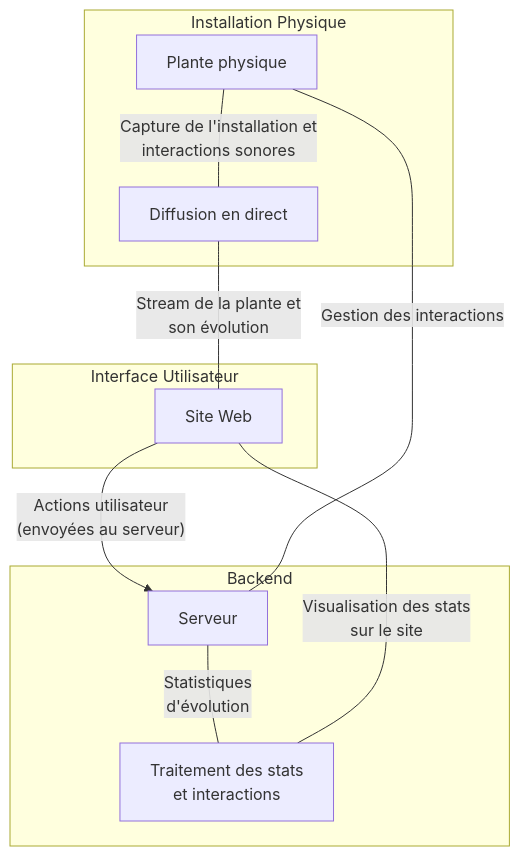
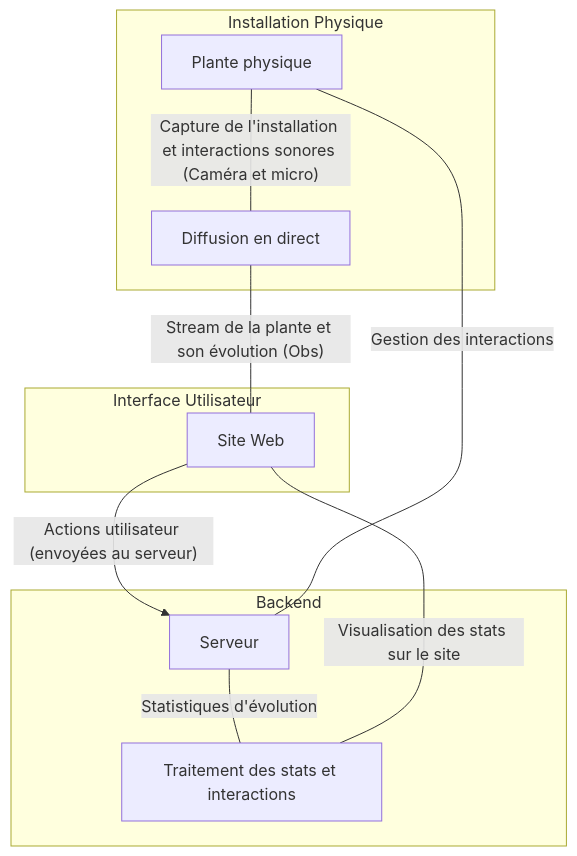
Before and after one commit to Escapism-Fuga/Fuga: the second of 2 diagrams in Technique/README.md, drawn with Mermaid. The commit also changed other lines of this file, not shown here.

`````diff
--- a/Technique/README.md
+++ b/Technique/README.md
@@ -60,21 +81,21 @@
 ````mermaid
 flowchart TD
     subgraph "Installation Physique"
         n1["Plante physique"]
         n3["Diffusion en direct"]
     end
     subgraph "Backend"
         n4["Serveur"]
-        n5["Traitement des stats\net interactions"]
+        n5["Traitement des stats et interactions"]
     end
     subgraph "Interface Utilisateur"
         n2["Site Web"]
     end
     %% Relations
-    n1 ---|"Capture de l'installation et\ninteractions sonores"| n3
-    n3 ---|"Stream de la plante et\nson évolution"| n2
-    n4 ---|"Statistiques\nd'évolution"| n5
-    n5 ---|"Visualisation des stats\nsur le site"| n2
+    n1 ---|"Capture de l'installation et interactions sonores (Caméra et micro)"| n3
+    n3 ---|"Stream de la plante et son évolution (Obs)"| n2
+    n4 ---|"Statistiques d'évolution"| n5
+    n5 ---|"Visualisation des stats sur le site"| n2
     n4 ---|"Gestion des interactions"| n1
-    n2 -->|"Actions utilisateur\n(envoyées au serveur)"| n4
+    n2 -->|"Actions utilisateur (envoyées au serveur)"| n4
 ````
`````
